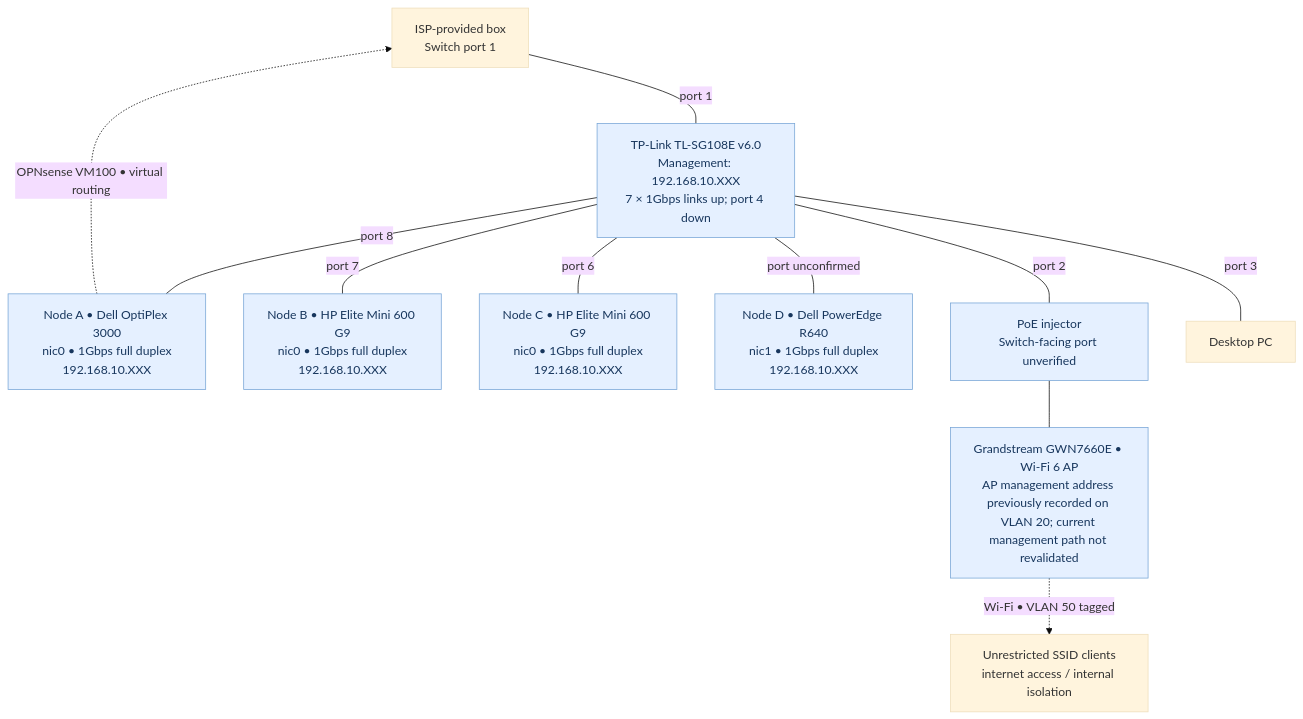
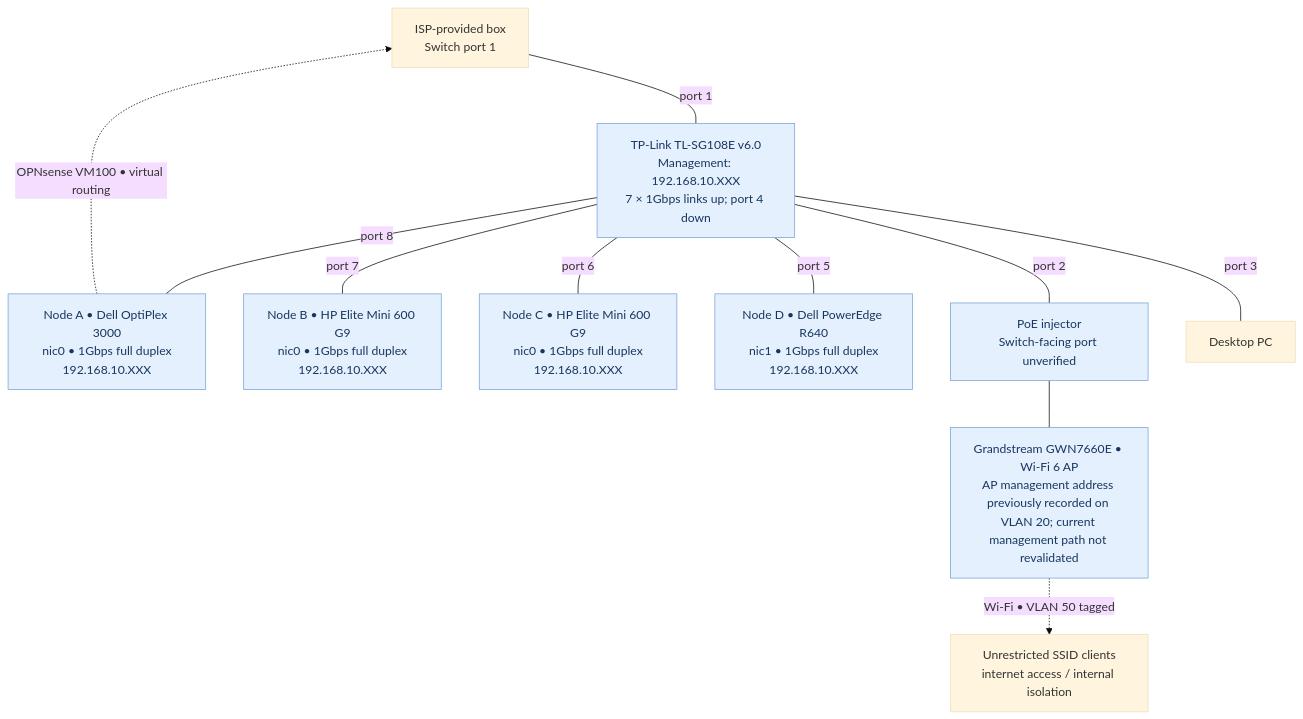
One commit to samuelkemp1619/HOMELAB-PORTFOLIO changed the second of 3 diagrams in network/diagrams/README.md. Above: the diagram before and after it, drawn with Mermaid (base theme). The commit also changed other lines of this file, not shown here.

Commit message:
Confirm R640 on switch port 5 and AP on port 2 in network topology

````diff
--- a/network/diagrams/README.md
+++ b/network/diagrams/README.md
@@ -57,17 +57,17 @@
 ```mermaid
 flowchart TB
     GW["ISP-provided box<br/>Switch port 1"]
     SW["TP-Link TL-SG108E v6.0<br/>Management: 192.168.10.XXX<br/>7 × 1Gbps links up; port 4 down"]
     GW ---|"port 1"| SW
     SW ---|"port 8"| H1["Node A • Dell OptiPlex 3000<br/>nic0 • 1Gbps full duplex<br/>192.168.10.XXX"]
     SW ---|"port 7"| H2["Node B • HP Elite Mini 600 G9<br/>nic0 • 1Gbps full duplex<br/>192.168.10.XXX"]
     SW ---|"port 6"| H3["Node C • HP Elite Mini 600 G9<br/>nic0 • 1Gbps full duplex<br/>192.168.10.XXX"]
-    SW ---|"port unconfirmed"| H4["Node D • Dell PowerEdge R640<br/>nic1 • 1Gbps full duplex<br/>192.168.10.XXX"]
+    SW ---|"port 5"| H4["Node D • Dell PowerEdge R640<br/>nic1 • 1Gbps full duplex<br/>192.168.10.XXX"]
     SW ---|"port 2"| POE["PoE injector<br/>Switch-facing port unverified"]
     POE --- AP["Grandstream GWN7660E • Wi-Fi 6 AP<br/>AP management address previously recorded on VLAN 20; current management path not revalidated"]
     AP -. "Wi-Fi • VLAN 50 tagged" .-> WIFI["Unrestricted SSID clients<br/>internet access / internal isolation"]
     SW ---|"port 3"| DESKTOP["Desktop PC"]
     H1 -. "OPNsense VM100 • virtual routing" .-> GW
     classDef device fill:#e5f0ff,color:#17365d,stroke:#77a5d6
     class SW,H1,H2,H3,H4,POE,AP device
 ```
````
